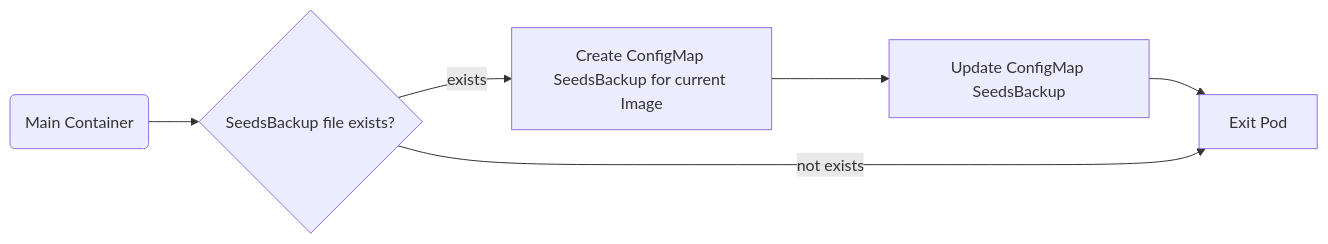
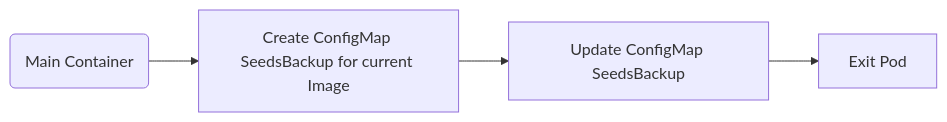
One commit to PharmaLedger-IMI/helm-charts changed the third of 3 diagrams in charts/epi/README.md. Above: the diagram before and after it, drawn with Mermaid. The commit also changed other lines of this file and 2 other files, not shown here.

````diff
--- a/charts/epi/README.md
+++ b/charts/epi/README.md
@@ -124,8 +99,6 @@
 ```mermaid
 flowchart LR
-L(Main Container) --> M{SeedsBackup file exists?}
-M -->|exists| N[Create ConfigMap SeedsBackup for current Image]
-N --> O[Update ConfigMap SeedsBackup]
-O --> P
-M -->|not exists| P[Exit Pod]
+G(Main Container) --> H[Create ConfigMap SeedsBackup for current Image]
+H --> I[Update ConfigMap SeedsBackup]
+I --> J[Exit Pod]
 ```
````
